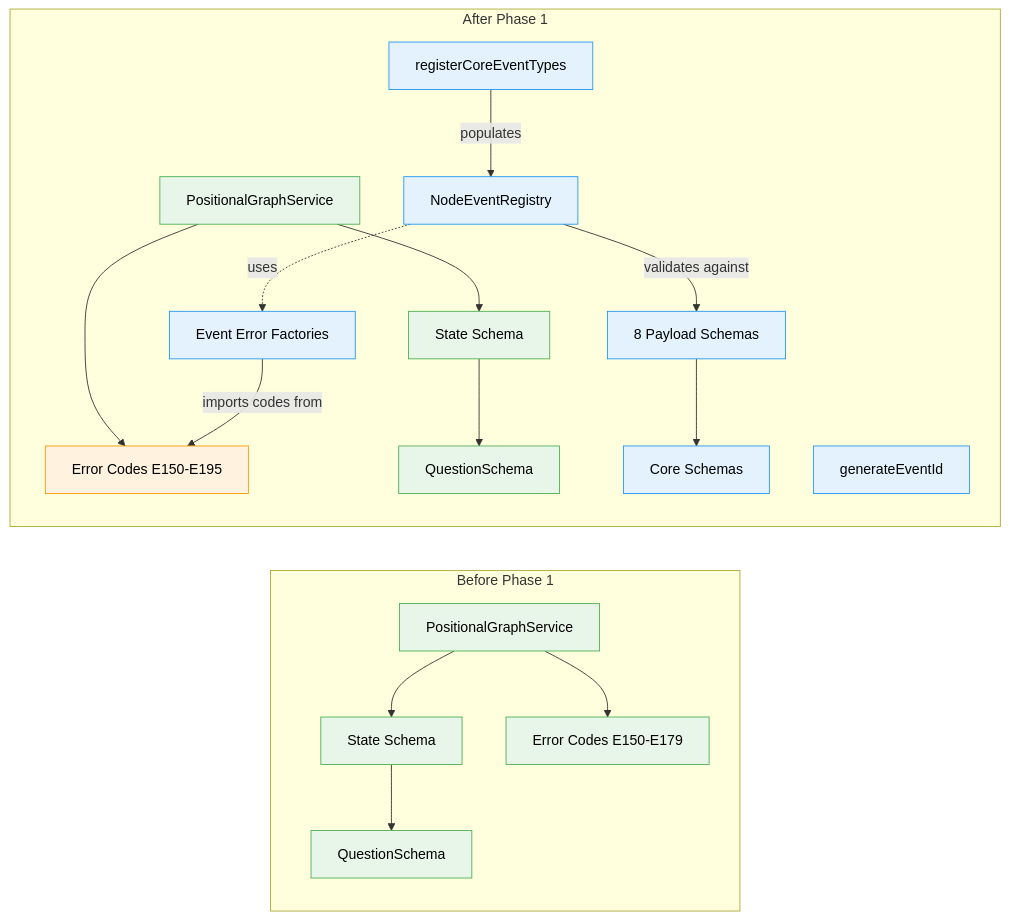
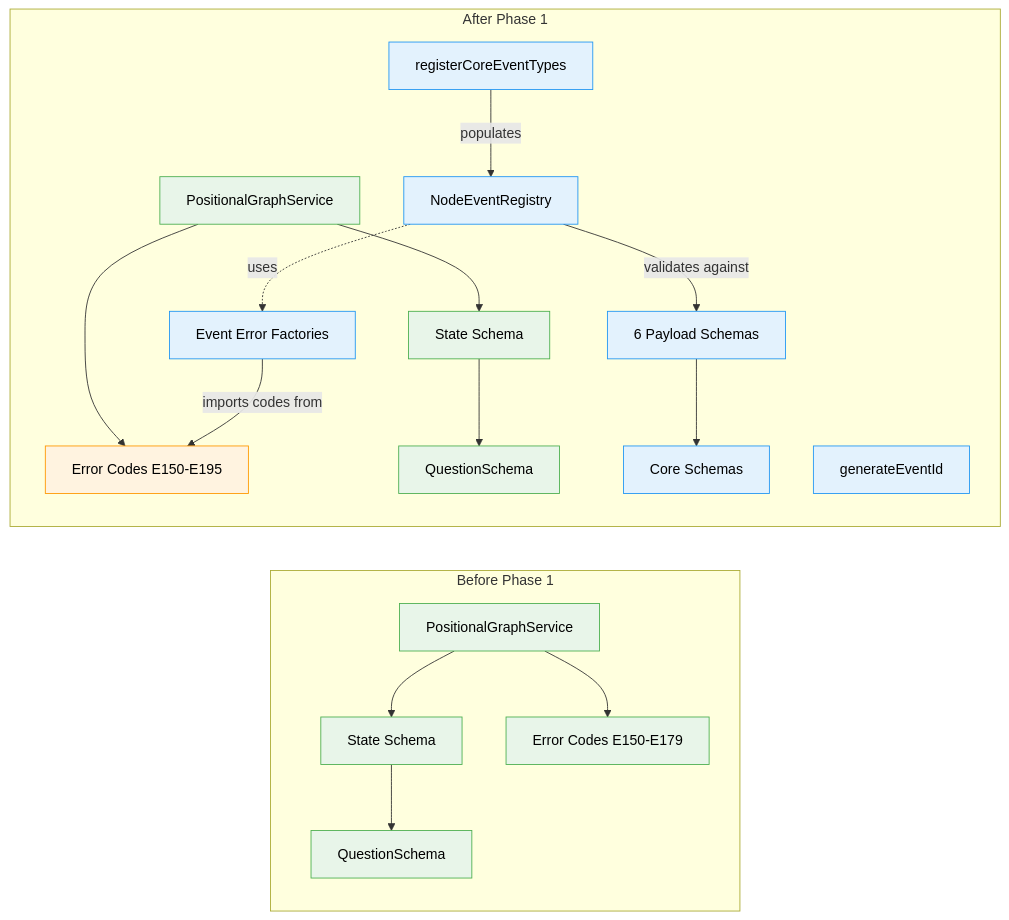
One commit to AI-Substrate/chainglass changed the second of 2 diagrams in docs/plans/032-node-event-system/tasks/phase-1-event-types-schemas-and-registry/tasks.fltplan.md. Above: the diagram before and after it, drawn with Mermaid. The commit also changed other lines of this file and 15 other files, not shown here.

````diff
--- a/docs/plans/032-node-event-system/tasks/phase-1-event-types-schemas-and-registry/tasks.fltplan.md
+++ b/docs/plans/032-node-event-system/tasks/phase-1-event-types-schemas-and-registry/tasks.fltplan.md
@@ -66,37 +66,37 @@
 ```mermaid
 flowchart LR
     classDef existing fill:#E8F5E9,stroke:#4CAF50,color:#000
     classDef changed fill:#FFF3E0,stroke:#FF9800,color:#000
     classDef new fill:#E3F2FD,stroke:#2196F3,color:#000
 
     subgraph Before["Before Phase 1"]
         PGS1[PositionalGraphService]:::existing
         SS1[State Schema]:::existing
         ERR1[Error Codes E150-E179]:::existing
         Q1[QuestionSchema]:::existing
         PGS1 --> SS1
         PGS1 --> ERR1
         SS1 --> Q1
     end
 
     subgraph After["After Phase 1"]
         PGS2[PositionalGraphService]:::existing
         SS2[State Schema]:::existing
         ERR2[Error Codes E150-E195]:::changed
         Q2[QuestionSchema]:::existing
         NER[NodeEventRegistry]:::new
-        PS[8 Payload Schemas]:::new
+        PS[6 Payload Schemas]:::new
         CS[Core Schemas]:::new
         REG[registerCoreEventTypes]:::new
         GEN[generateEventId]:::new
         EF[Event Error Factories]:::new
         PGS2 --> SS2
         PGS2 --> ERR2
         SS2 --> Q2
         REG -->|populates| NER
         NER -->|validates against| PS
         PS --> CS
         NER -.->|uses| EF
         EF -->|imports codes from| ERR2
     end
 ```
````
